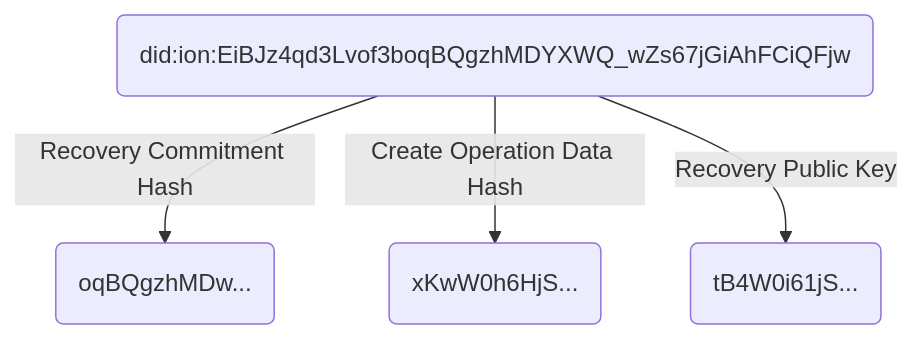
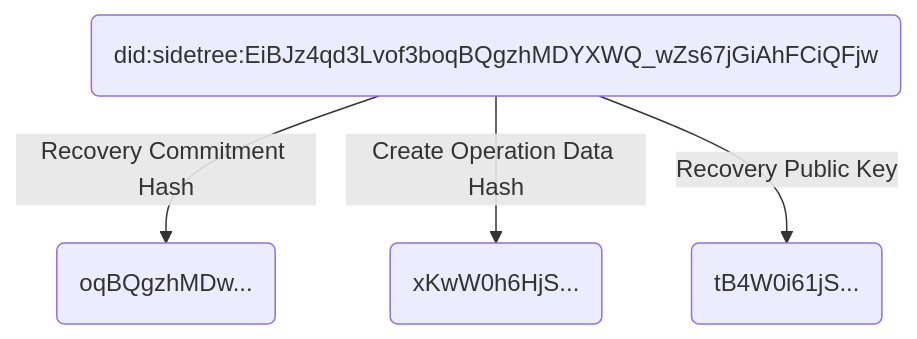
Before and after one commit to decentralized-identity/sidetree: the diagram in spec/spec.md, drawn with Mermaid. The commit also changed other lines of this file and 8 other files, not shown here.

````diff
--- a/spec/spec.md
+++ b/spec/spec.md
@@ -84,8 +262,8 @@
 ```mermaid
 graph TD
 
-ID(did:ion:EiBJz4qd3Lvof3boqBQgzhMDYXWQ_wZs67jGiAhFCiQFjw)
+ID(did:sidetree:EiBJz4qd3Lvof3boqBQgzhMDYXWQ_wZs67jGiAhFCiQFjw)
 ID -->|Recovery Commitment Hash| D(oqBQgzhMDw...)
 ID -->|Create Operation Data Hash| E(xKwW0h6HjS...)
 ID -->|Recovery Public Key| F(tB4W0i61jS...)
 ```
````
